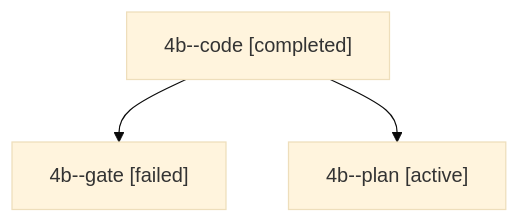
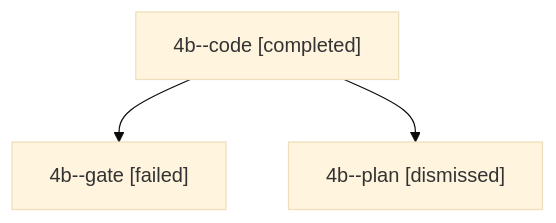
Before and after one commit to bobs-org/bob-cli--agents: the diagram in sessions/bbugyi200.apollo.4b.md, drawn with Mermaid (base theme). The commit also changed other lines of this file and 30 other files, not shown here.

````diff
--- a/sessions/bbugyi200.apollo.4b.md
+++ b/sessions/bbugyi200.apollo.4b.md
@@ -9,8 +9,8 @@
 ```mermaid
 flowchart TD
   n0["4b--code [completed]"]
   n1["4b--gate [failed]"]
   n0 --> n1
-  n2["4b--plan [active]"]
+  n2["4b--plan [dismissed]"]
   n0 --> n2
 ```
````
